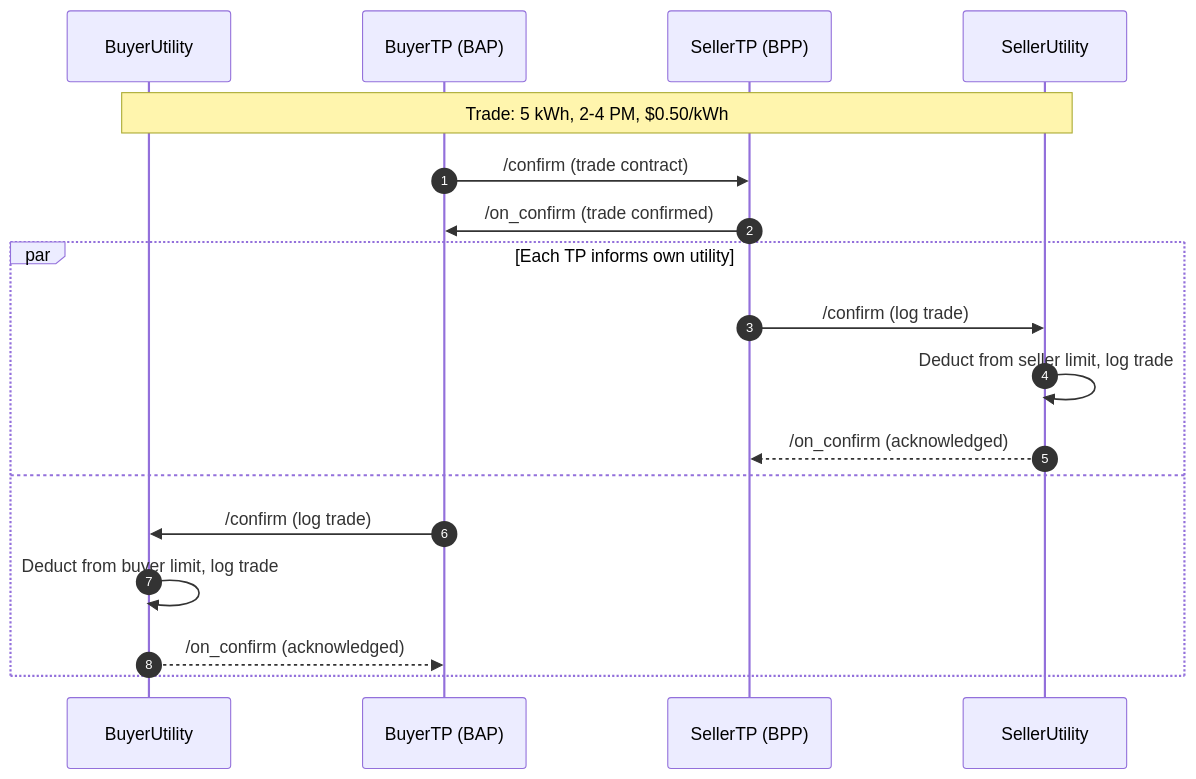
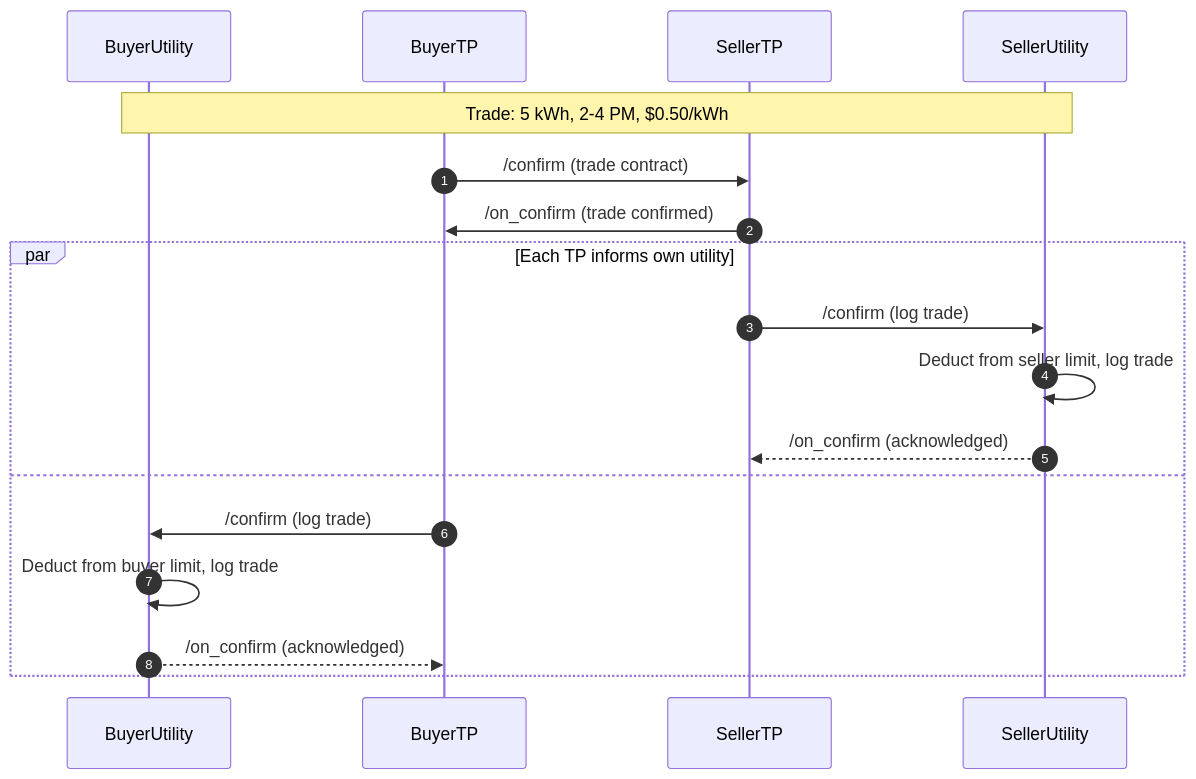
One commit to areebahmeddd/digital-energy-grid changed the fifth of 10 diagrams in docs/implementation-guides/v2/P2P_Trading/Inter_energy_retailer_P2P_trading_altarch_draft.md. Above: the diagram before and after it, drawn with Mermaid. The commit also changed other lines of this file, not shown here.

Commit message:
remove BPP/BAp suffix from trading platforms as any one can assume both roles

````diff
--- a/docs/implementation-guides/v2/P2P_Trading/Inter_energy_retailer_P2P_trading_altarch_draft.md
+++ b/docs/implementation-guides/v2/P2P_Trading/Inter_energy_retailer_P2P_trading_altarch_draft.md
@@ -252,22 +252,22 @@
 ```mermaid
 sequenceDiagram
     autonumber
     participant BuyerUtility as BuyerUtility
-    participant BuyerTP as BuyerTP (BAP)
-    participant SellerTP as SellerTP (BPP)
+    participant BuyerTP as BuyerTP
+    participant SellerTP as SellerTP
     participant SellerUtility as SellerUtility
 
     Note over BuyerUtility,SellerUtility: Trade: 5 kWh, 2-4 PM, $0.50/kWh
 
     BuyerTP->>SellerTP: /confirm (trade contract)
     SellerTP->>BuyerTP: /on_confirm (trade confirmed)
     par Each TP informs own utility
         SellerTP->>SellerUtility: /confirm (log trade)
         SellerUtility->>SellerUtility: Deduct from seller limit, log trade
         SellerUtility-->>SellerTP: /on_confirm (acknowledged)
     and
         BuyerTP->>BuyerUtility: /confirm (log trade)
         BuyerUtility->>BuyerUtility: Deduct from buyer limit, log trade
         BuyerUtility-->>BuyerTP: /on_confirm (acknowledged)
     end
 ```
````
